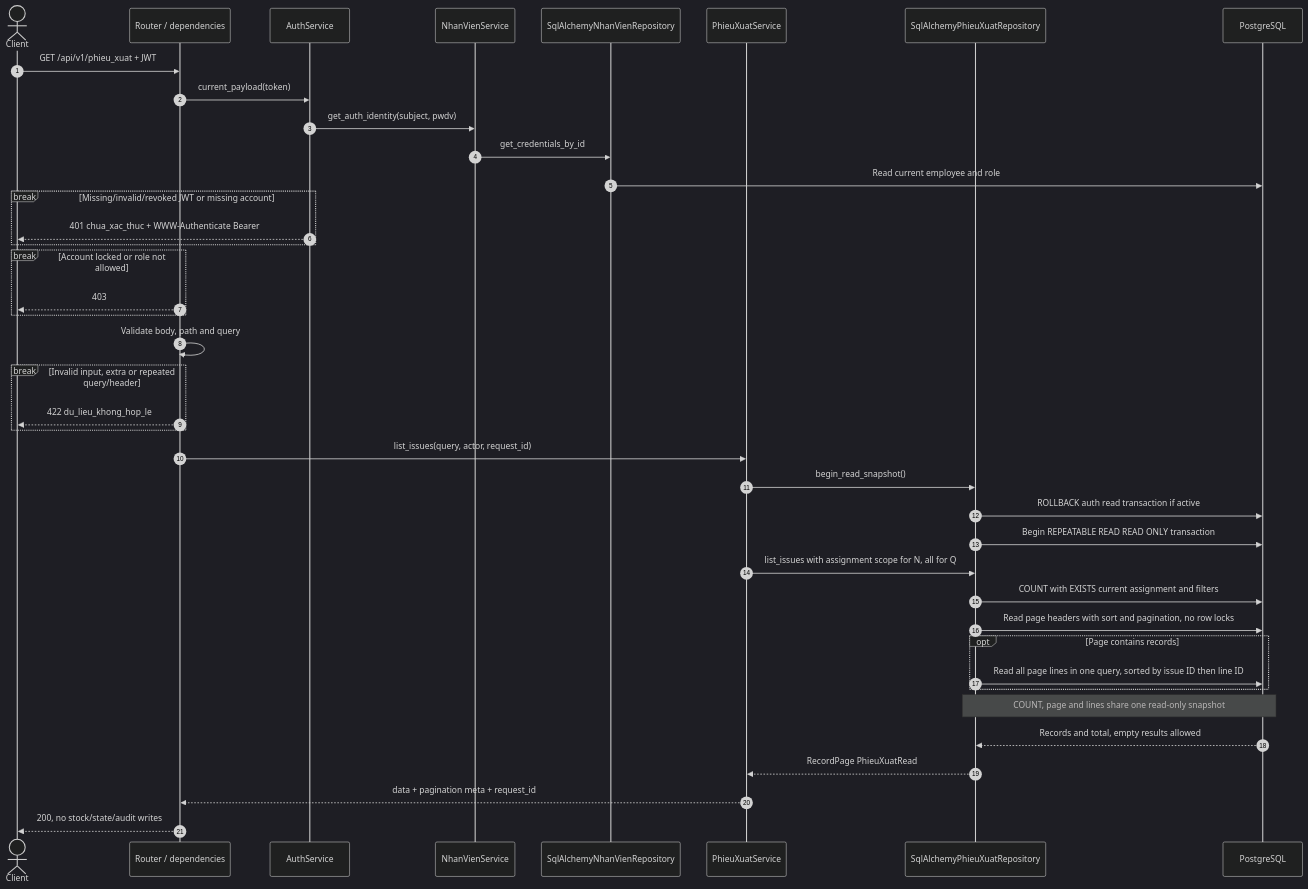
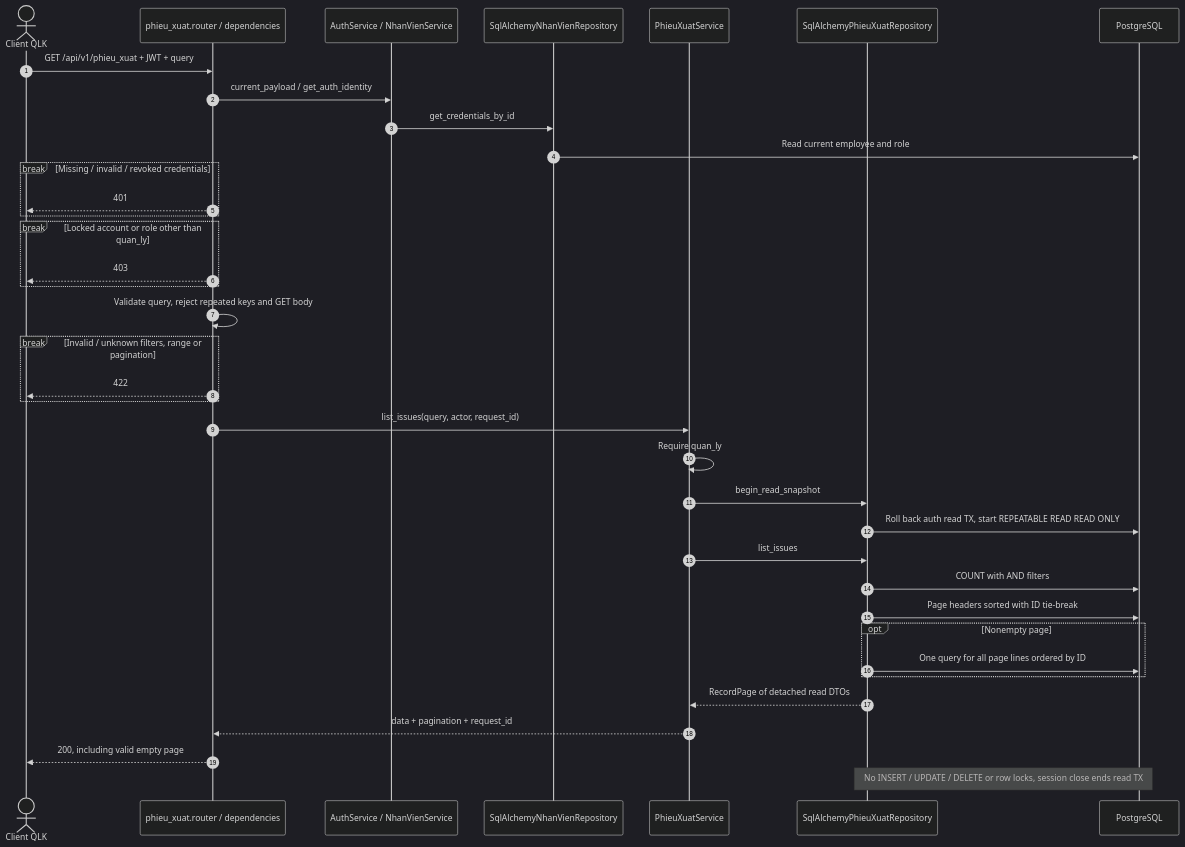
One commit to thanhklt/xbike-mrp-system changed the first of 6 diagrams in docs/sequence/phieu_xuat.md. Above: the diagram before and after it, drawn with Mermaid (dark theme). The commit also changed other lines of this file and 37 other files, not shown here.

Commit message:
feat(phieu-xuat): triển khai UC-34–UC-40 theo nghiệp vụ v4

````diff
--- a/docs/sequence/phieu_xuat.md
+++ b/docs/sequence/phieu_xuat.md
@@ -41,42 +41,39 @@
 ```mermaid
 sequenceDiagram
     autonumber
-    actor C as Client
-    participant R as Router / dependencies
-    participant AU as AuthService
-    participant NV as NhanVienService
-    participant NR as SqlAlchemyNhanVienRepository
+    actor C as Client QLK
+    participant R as phieu_xuat.router / dependencies
+    participant A as AuthService / NhanVienService
+    participant N as SqlAlchemyNhanVienRepository
     participant S as PhieuXuatService
     participant P as SqlAlchemyPhieuXuatRepository
     participant DB as PostgreSQL
-    C->>R: GET /api/v1/phieu_xuat + JWT
-    R->>AU: current_payload(token)
-    AU->>NV: get_auth_identity(subject, pwdv)
-    NV->>NR: get_credentials_by_id
-    NR->>DB: Read current employee and role
-    break Missing/invalid/revoked JWT or missing account
-        AU-->>C: 401 chua_xac_thuc + WWW-Authenticate Bearer
+    C->>R: GET /api/v1/phieu_xuat + JWT + query
+    R->>A: current_payload / get_auth_identity
+    A->>N: get_credentials_by_id
+    N->>DB: Read current employee and role
+    break Missing / invalid / revoked credentials
+        R-->>C: 401
     end
-    break Account locked or role not allowed
+    break Locked account or role other than quan_ly
         R-->>C: 403
     end
-    R->>R: Validate body, path and query
-    break Invalid input, extra or repeated query/header
-        R-->>C: 422 du_lieu_khong_hop_le
+    R->>R: Validate query, reject repeated keys and GET body
+    break Invalid / unknown filters, range or pagination
+        R-->>C: 422
     end
     R->>S: list_issues(query, actor, request_id)
-    S->>P: begin_read_snapshot()
-    P->>DB: ROLLBACK auth read transaction if active
-    P->>DB: Begin REPEATABLE READ READ ONLY transaction
-    S->>P: list_issues with assignment scope for N, all for Q
-    P->>DB: COUNT with EXISTS current assignment and filters
-    P->>DB: Read page headers with sort and pagination, no row locks
-    opt Page contains records
-        P->>DB: Read all page lines in one query, sorted by issue ID then line ID
+    S->>S: Require quan_ly
+    S->>P: begin_read_snapshot
+    P->>DB: Roll back auth read TX, start REPEATABLE READ READ ONLY
+    S->>P: list_issues
+    P->>DB: COUNT with AND filters
+    P->>DB: Page headers sorted with ID tie-break
+    opt Nonempty page
+        P->>DB: One query for all page lines ordered by ID
     end
-    Note over P,DB: COUNT, page and lines share one read-only snapshot
-    DB-->>P: Records and total, empty results allowed
-    P-->>S: RecordPage PhieuXuatRead
-    S-->>R: data + pagination meta + request_id
-    R-->>C: 200, no stock/state/audit writes
+    P-->>S: RecordPage of detached read DTOs
+    S-->>R: data + pagination + request_id
+    R-->>C: 200, including valid empty page
+    Note over P,DB: No INSERT / UPDATE / DELETE or row locks, session close ends read TX
 ```
````
